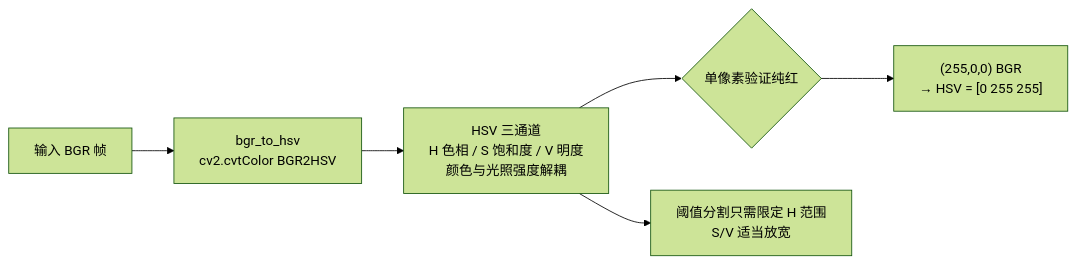
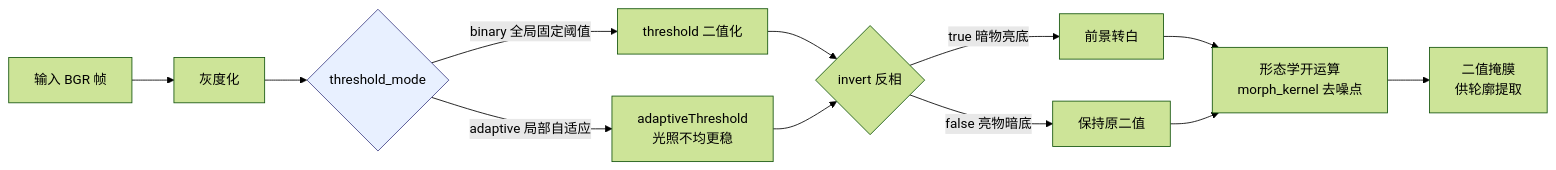
Before and after one commit to aibittek/course_generate_agent: the second of 6 diagrams in courses/sheet1/robot_vision/_parts/experiment-3.md, drawn with Mermaid (forest theme). The commit also changed other lines of this file and 98 other files, not shown here.

````diff
--- a/courses/sheet1/robot_vision/_parts/experiment-3.md
+++ b/courses/sheet1/robot_vision/_parts/experiment-3.md
@@ -165,8 +173,16 @@
 ```mermaid
 flowchart LR
-    A[输入 BGR 帧] --> B[bgr_to_hsv<br/>cv2.cvtColor BGR2HSV]
-    B --> C[HSV 三通道<br/>H 色相 / S 饱和度 / V 明度<br/>颜色与光照强度解耦]
-    C --> D{单像素验证纯红}
-    D --> E["(255,0,0) BGR<br/>→ HSV = [0 255 255]"]
-    C --> F[阈值分割只需限定 H 范围<br/>S/V 适当放宽]
+    A[输入 BGR 帧] --> B[灰度化]
+    B --> C{threshold_mode}
+    C -->|binary 全局固定阈值| D[threshold 二值化]
+    C -->|adaptive 局部自适应| E[adaptiveThreshold<br/>光照不均更稳]
+    D --> F{invert 反相}
+    E --> F
+    F -->|true 暗物亮底| G[前景转白]
+    F -->|false 亮物暗底| H[保持原二值]
+    G --> I[形态学开运算<br/>morph_kernel 去噪点]
+    H --> I
+    I --> J[二值掩膜<br/>供轮廓提取]
+
+    style C fill:#e8f0ff,stroke:#448,stroke-width:1px
 ```
````
